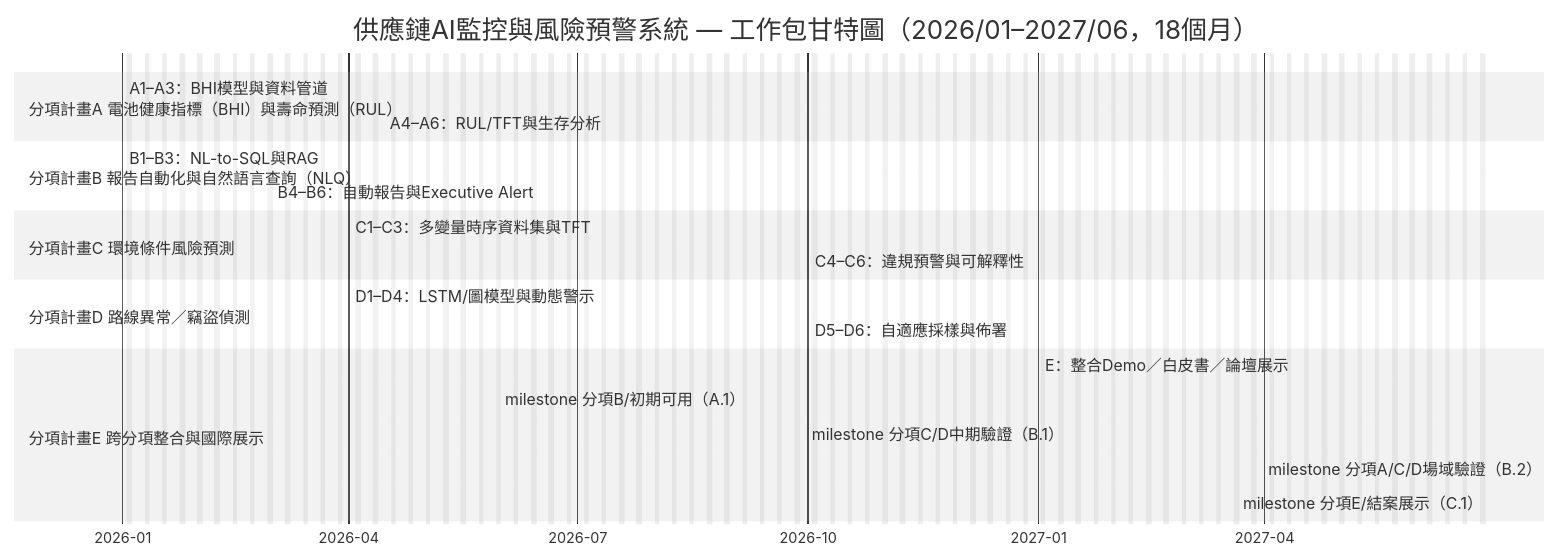
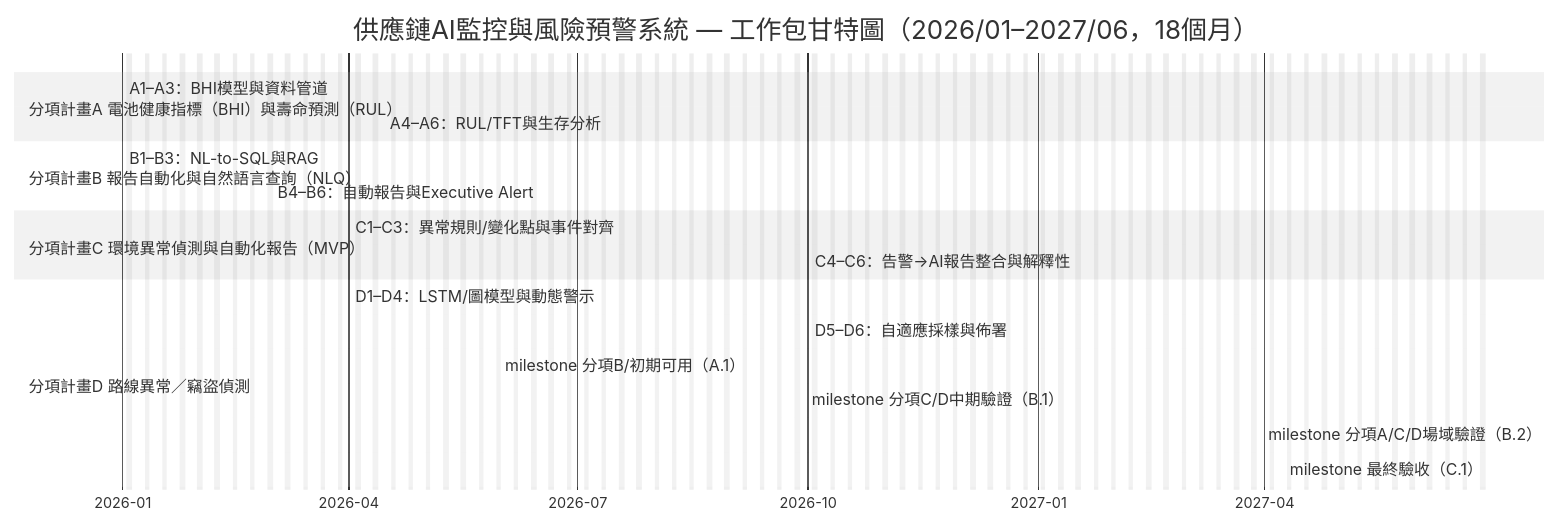
One commit to jshuo/ai-moea-proposal changed the first of 2 diagrams in proposal/AI應用躍昇計畫-計畫書-提交版.md. Above: the diagram before and after it, drawn with Mermaid (neutral theme). The commit also changed other lines of this file, not shown here.

````diff
--- a/proposal/AI應用躍昇計畫-計畫書-提交版.md
+++ b/proposal/AI應用躍昇計畫-計畫書-提交版.md
@@ -512,31 +456,28 @@
 ```mermaid
 gantt
   title 供應鏈AI監控與風險預警系統 — 工作包甘特圖（2026/01–2027/06，18個月）
   dateFormat  YYYY-MM-DD
   axisFormat  %Y-%m
   excludes    weekends
 
    section 分項計畫A 電池健康指標（BHI）與壽命預測（RUL）
    A1–A3：BHI模型與資料管道          :a1, 2026-01-01, 4m
    A4–A6：RUL/TFT與生存分析           :a2, 2026-04-15, 6m
 
    section 分項計畫B 報告自動化與自然語言查詢（NLQ）
    B1–B3：NL-to-SQL與RAG            :b1, 2026-01-01, 3.5m
    B4–B6：自動報告與Executive Alert  :b2, 2026-03-01, 2.5m
 
-   section 分項計畫C 環境條件風險預測
-   C1–C3：多變量時序資料集與TFT     :c1, 2026-04-01, 8m
-   C4–C6：違規預警與可解釋性         :c2, 2026-10-01, 4m
+  section 分項計畫C 環境異常偵測與自動化報告（MVP）
+  C1–C3：異常規則/變化點與事件對齊  :c1, 2026-04-01, 8m
+  C4–C6：告警→AI報告整合與解釋性     :c2, 2026-10-01, 4m
 
    section 分項計畫D 路線異常／竊盜偵測
    D1–D4：LSTM/圖模型與動態警示      :d1, 2026-04-01, 9m
    D5–D6：自適應採樣與佈署          :d2, 2026-10-01, 5m
 
-   section 分項計畫E 跨分項整合與國際展示
-   E：整合Demo／白皮書／論壇展示      :e, 2027-01-01, 6m
-
    milestone 分項B/初期可用（A.1）   :m1, 2026-05-31, 0d
    milestone 分項C/D中期驗證（B.1）  :m2, 2026-09-30, 0d
    milestone 分項A/C/D場域驗證（B.2）:m3, 2027-03-31, 0d
-   milestone 分項E/結案展示（C.1）   :m4, 2027-06-30, 0d
+  milestone 最終驗收（C.1）         :m4, 2027-06-30, 0d
 ```
````
